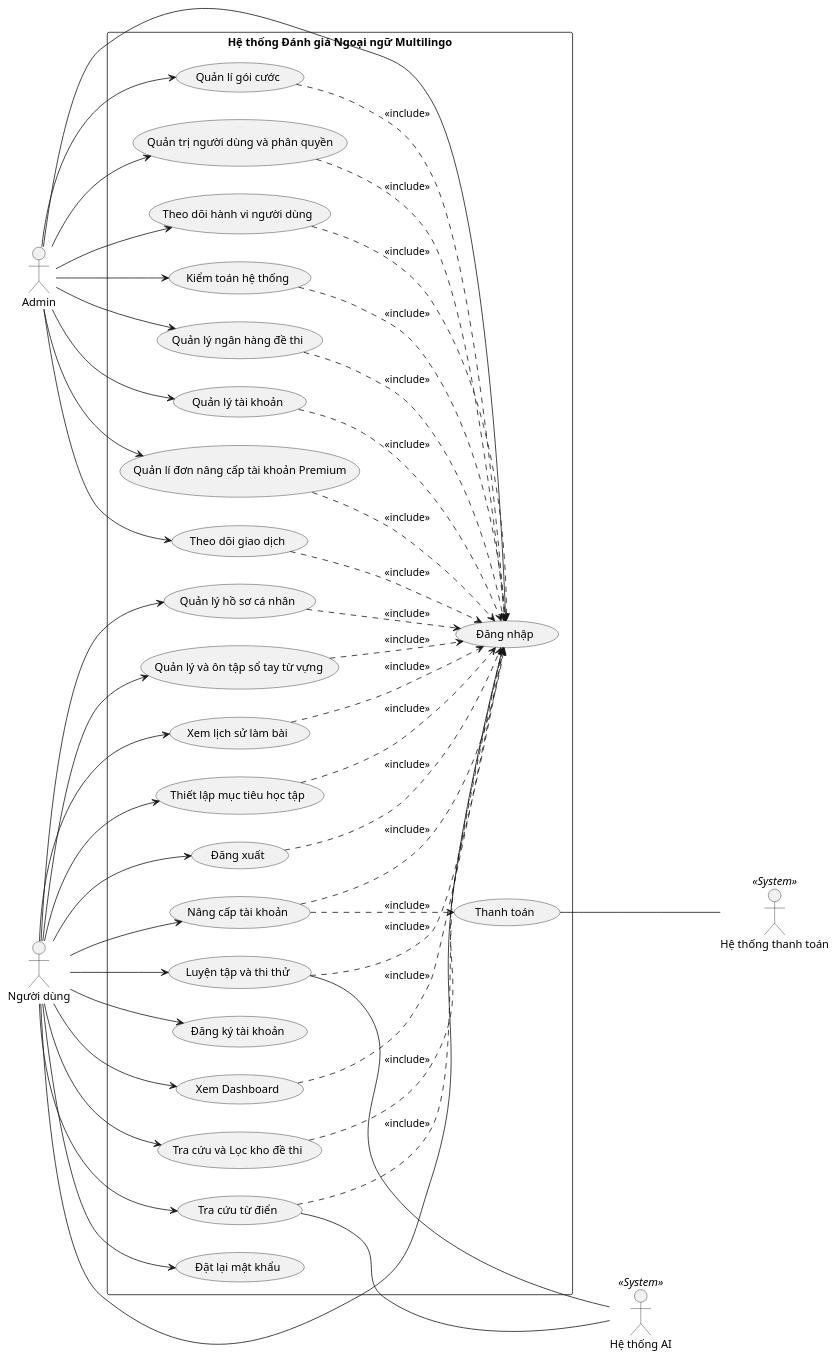
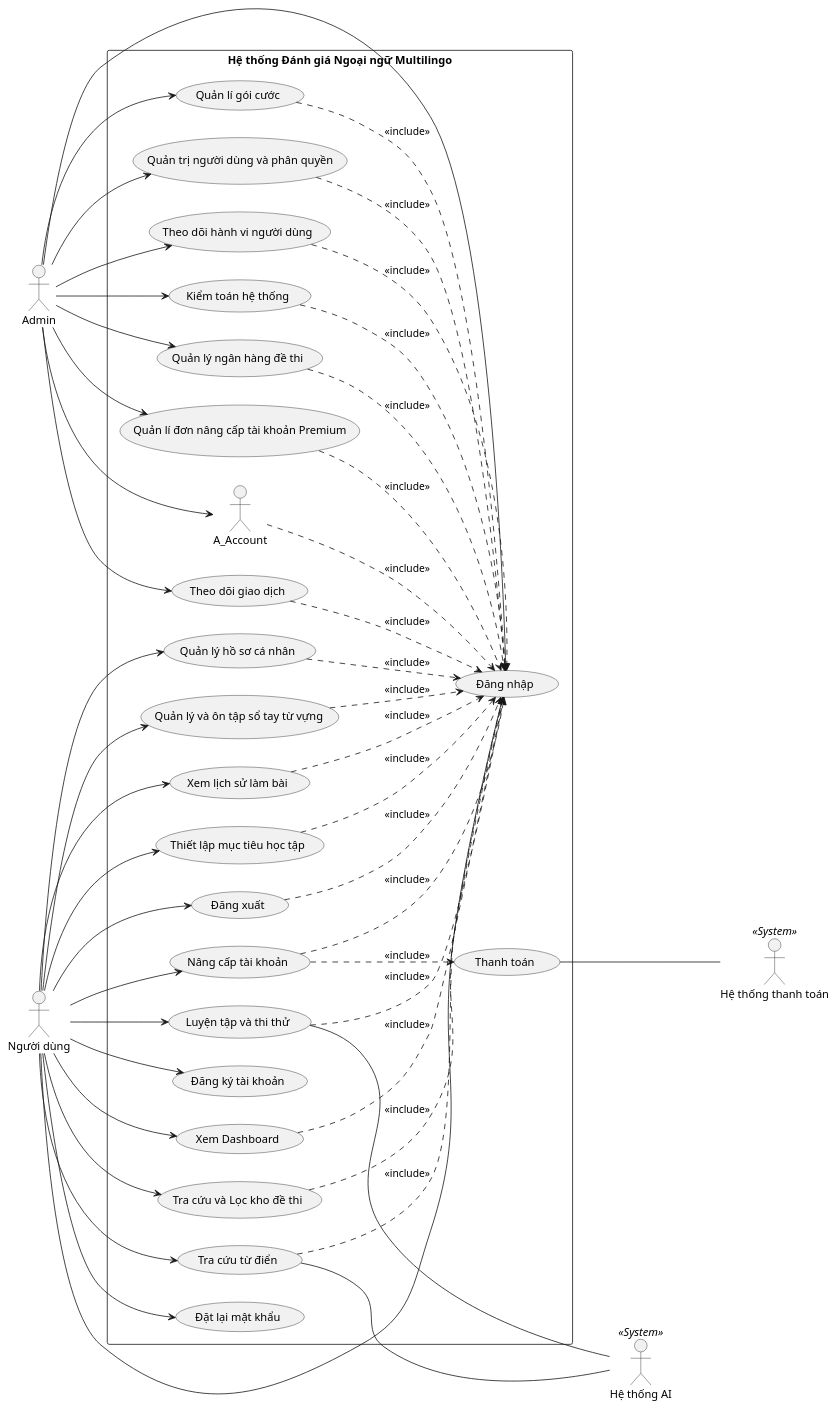
Before and after one commit to ngkhson/multilingo-platform: the diagram in docs/md/HUONG_DAN_USE_CASE.md, drawn with PlantUML. The commit also changed other lines of this file and 1 other file, not shown here.

Commit message:
update db and function

```diff
--- a/docs/md/HUONG_DAN_USE_CASE.md
+++ b/docs/md/HUONG_DAN_USE_CASE.md
@@ -123,7 +122,6 @@
   usecase "Theo dõi hành vi người dùng" as A_Tracking
   usecase "Kiểm toán hệ thống" as A_Audit
   usecase "Quản lý ngân hàng đề thi" as A_ExamMgmt
-  usecase "Quản lý tài khoản" as A_Account
   usecase "Quản lí đơn nâng cấp tài khoản Premium" as A_Upgrade
   
   ' Admin Links
```
